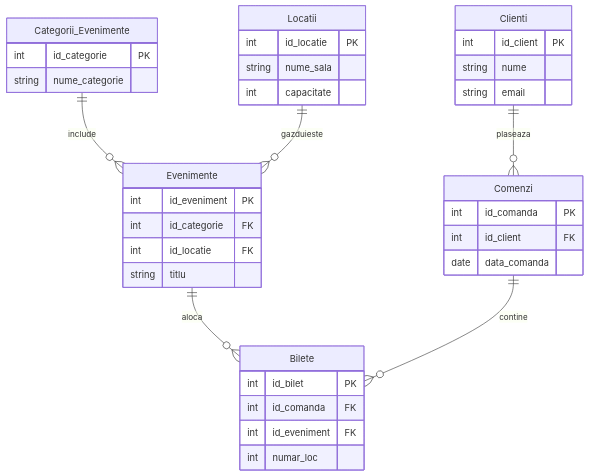
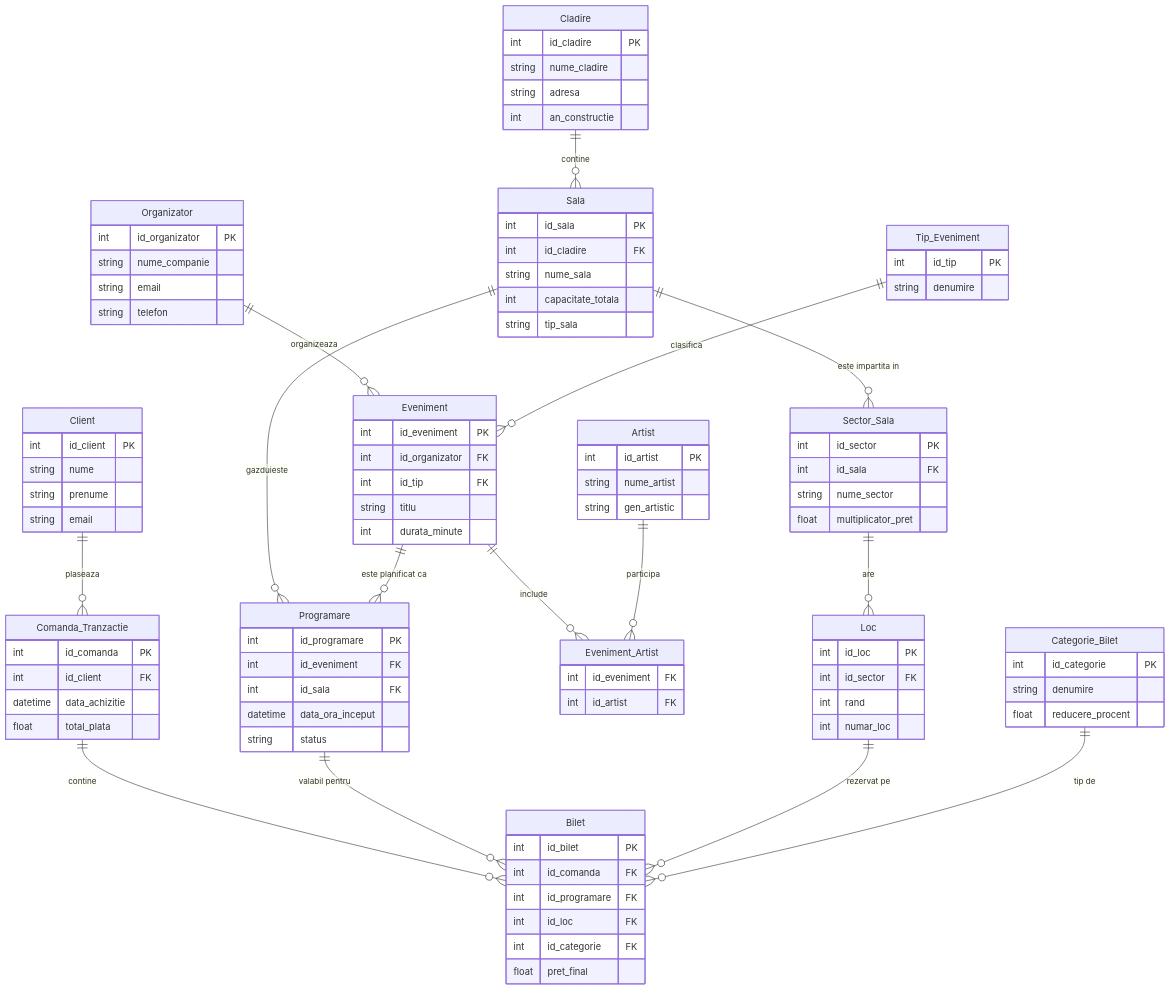
Before and after one commit to Rebeca-Iuga/Casa-de-bilete: the diagram in diagrams/er.mmd, drawn with Mermaid. The commit also changed other lines of this file and 1 other file, not shown here.

```diff
--- a/diagrams/er.mmd
+++ b/diagrams/er.mmd
@@ -1,38 +1,101 @@
 erDiagram
-    Categorii_Evenimente ||--o{ Evenimente : "include"
-    Locatii ||--o{ Evenimente : "gazduieste"
-    Evenimente ||--o{ Bilete : "aloca"
-    Clienti ||--o{ Comenzi : "plaseaza"
-    Comenzi ||--o{ Bilete : "contine"
+    Cladire ||--o{ Sala : "contine"
+    Sala ||--o{ Sector_Sala : "este impartita in"
+    Sector_Sala ||--o{ Loc : "are"
+    Sala ||--o{ Programare : "gazduieste"
 
-    Categorii_Evenimente {
-        int id_categorie PK
-        string nume_categorie
+    Organizator ||--o{ Eveniment : "organizeaza"
+    Tip_Eveniment ||--o{ Eveniment : "clasifica"
+    Eveniment ||--o{ Programare : "este planificat ca"
+    Eveniment ||--o{ Eveniment_Artist : "include"
+    Artist ||--o{ Eveniment_Artist : "participa"
+
+    Client ||--o{ Comanda_Tranzactie : "plaseaza"
+    Comanda_Tranzactie ||--o{ Bilet : "contine"
+    Programare ||--o{ Bilet : "valabil pentru"
+    Loc ||--o{ Bilet : "rezervat pe"
+    Categorie_Bilet ||--o{ Bilet : "tip de"
+
+    Cladire {
+        int id_cladire PK
+        string nume_cladire
+        string adresa
+        int an_constructie
     }
-    Locatii {
-        int id_locatie PK
+    Sala {
+        int id_sala PK
+        int id_cladire FK
         string nume_sala
-        int capacitate
+        int capacitate_totala
+        string tip_sala
     }
-    Evenimente {
+    Sector_Sala {
+        int id_sector PK
+        int id_sala FK
+        string nume_sector
+        float multiplicator_pret
+    }
+    Loc {
+        int id_loc PK
+        int id_sector FK
+        int rand
+        int numar_loc
+    }
+    Organizator {
+        int id_organizator PK
+        string nume_companie
+        string email
+        string telefon
+    }
+    Tip_Eveniment {
+        int id_tip PK
+        string denumire
+    }
+    Eveniment {
         int id_eveniment PK
-        int id_categorie FK
-        int id_locatie FK
+        int id_organizator FK
+        int id_tip FK
         string titlu
+        int durata_minute
     }
-    Clienti {
+    Artist {
+        int id_artist PK
+        string nume_artist
+        string gen_artistic
+    }
+    Eveniment_Artist {
+        int id_eveniment FK
+        int id_artist FK
+    }
+    Programare {
+        int id_programare PK
+        int id_eveniment FK
+        int id_sala FK
+        datetime data_ora_inceput
+        string status
+    }
+    Client {
         int id_client PK
         string nume
+        string prenume
         string email
     }
-    Comenzi {
+    Categorie_Bilet {
+        int id_categorie PK
+        string denumire
+        float reducere_procent
+    }
+    Comanda_Tranzactie {
         int id_comanda PK
         int id_client FK
-        date data_comanda
+        datetime data_achizitie
+        float total_plata
     }
-    Bilete {
+    Bilet {
         int id_bilet PK
         int id_comanda FK
-        int id_eveniment FK
-        int numar_loc
+        int id_programare FK
+        int id_loc FK
+        int id_categorie FK
+        float pret_final
     }
```
